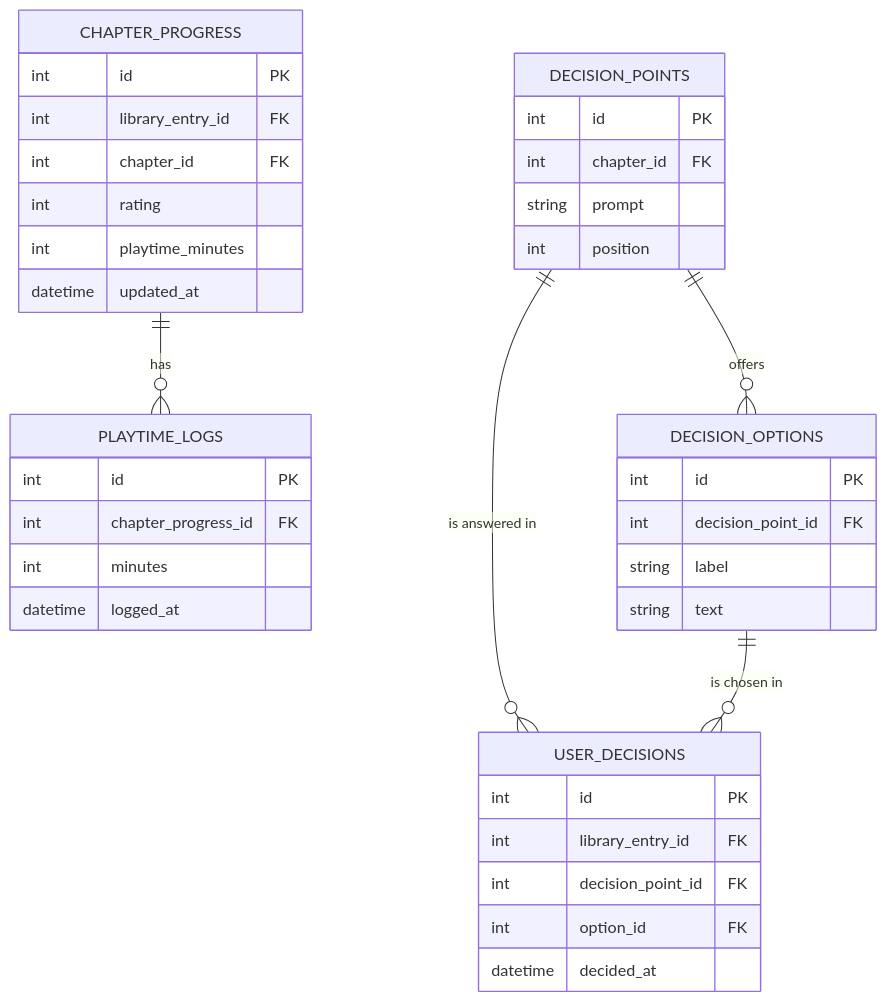
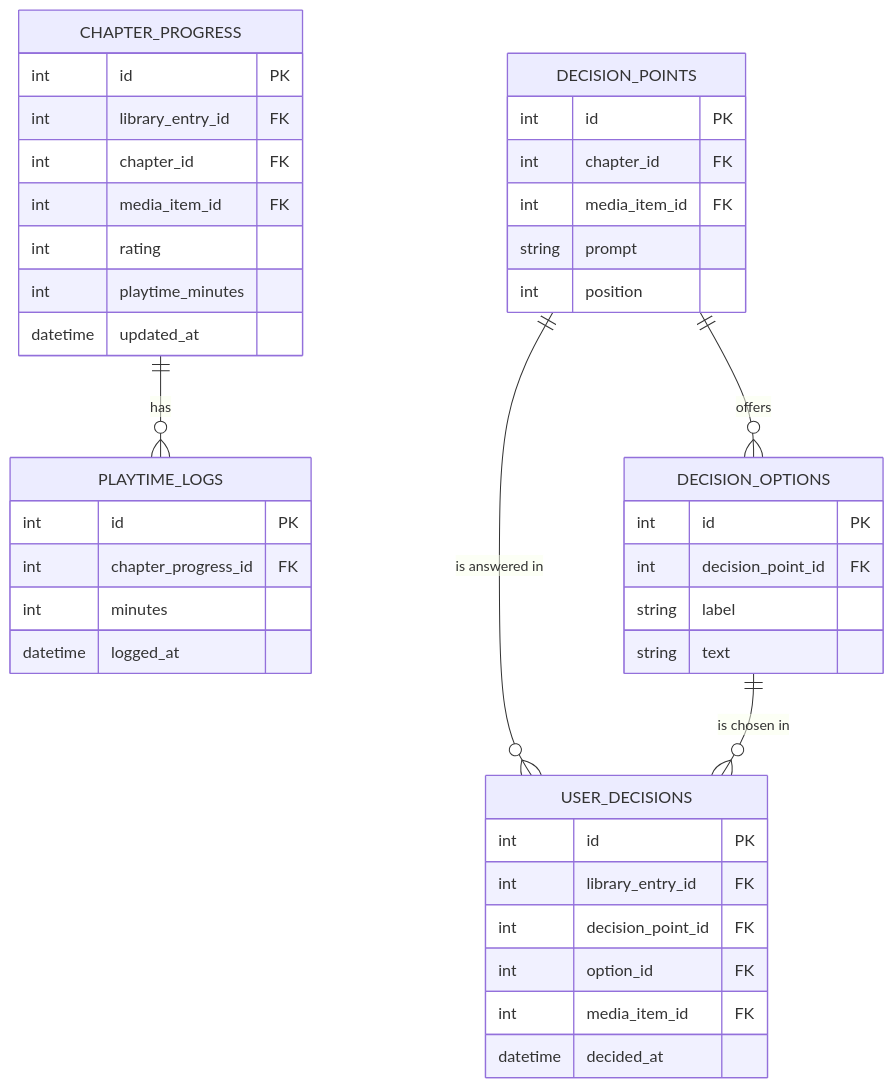
Before and after one commit to metezd/OmniLog: the fifth of 7 diagrams in docs/analysis/data/er-diagram.md, drawn with Mermaid. The commit also changed other lines of this file and 16 other files, not shown here.

````diff
--- a/docs/analysis/data/er-diagram.md
+++ b/docs/analysis/data/er-diagram.md
@@ -145,40 +165,43 @@
 ```mermaid
 erDiagram
     CHAPTER_PROGRESS {
         int id PK
         int library_entry_id FK
         int chapter_id FK
+        int media_item_id FK
         int rating
         int playtime_minutes
         datetime updated_at
     }
     PLAYTIME_LOGS {
         int id PK
         int chapter_progress_id FK
         int minutes
         datetime logged_at
     }
     DECISION_POINTS {
         int id PK
         int chapter_id FK
+        int media_item_id FK
         string prompt
         int position
     }
     DECISION_OPTIONS {
         int id PK
         int decision_point_id FK
         string label
         string text
     }
     USER_DECISIONS {
         int id PK
         int library_entry_id FK
         int decision_point_id FK
         int option_id FK
+        int media_item_id FK
         datetime decided_at
     }
     CHAPTER_PROGRESS ||--o{ PLAYTIME_LOGS : "has"
     DECISION_POINTS ||--o{ DECISION_OPTIONS : "offers"
     DECISION_POINTS ||--o{ USER_DECISIONS : "is answered in"
     DECISION_OPTIONS ||--o{ USER_DECISIONS : "is chosen in"
 ```
````
